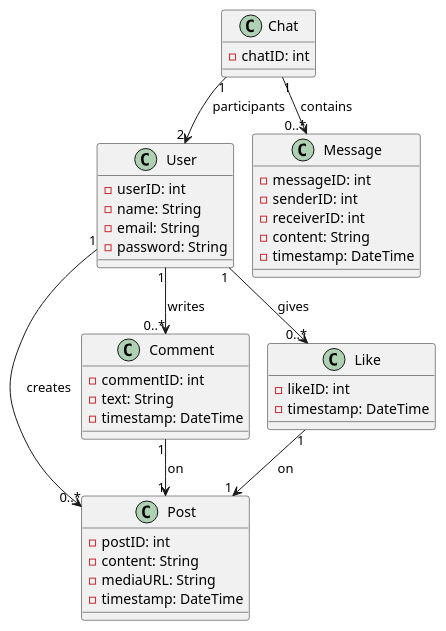
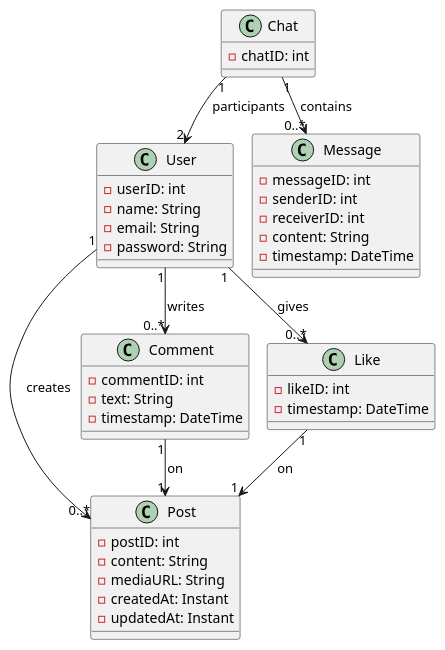
Before and after one commit to implaymo/Social-Media-Platform: the diagram in Diagrams/ClassDiagram.puml, drawn with PlantUML.

Commit message:
Add variables to Post class in class diagram.

```diff
--- a/Diagrams/ClassDiagram.puml
+++ b/Diagrams/ClassDiagram.puml
@@ -1,66 +1,67 @@
 @startuml
 !pragma layout smetana
 
 ' ======================
 ' Domain Entities
 ' ======================
 
 class User {
   - userID: int
   - name: String
   - email: String
   - password: String
 }
 
 class Post {
   - postID: int
   - content: String
   - mediaURL: String
-  - timestamp: DateTime
+  - createdAt: Instant
+  - updatedAt: Instant
 }
 
 class Comment {
   - commentID: int
   - text: String
   - timestamp: DateTime
 }
 
 class Like {
   - likeID: int
   - timestamp: DateTime
 }
 
 class Chat {
   - chatID: int
 }
 
 class Message {
   - messageID: int
   - senderID: int
   - receiverID: int
   - content: String
   - timestamp: DateTime
 }
 
 ' ======================
 ' Relationships Between Entities
 ' ======================
 
 ' A User creates many Posts; each Post belongs to one User.
 User "1" --> "0..*" Post : creates
 
 ' A User writes many Comments; each Comment is written by one User and on one Post.
 User "1" --> "0..*" Comment : writes
 Comment "1" --> "1" Post : on
 
 ' A User gives many Likes; each Like is by one User on one Post.
 User "1" --> "0..*" Like : gives
 Like "1" --> "1" Post : on
 
 ' A Chat involves two Users (simplified for now as a direct association).
 Chat "1" --> "2" User : participants
 
 ' A Chat contains many Messages; each Message belongs to one Chat.
 Chat "1" --> "0..*" Message : contains
 
 @enduml
```
